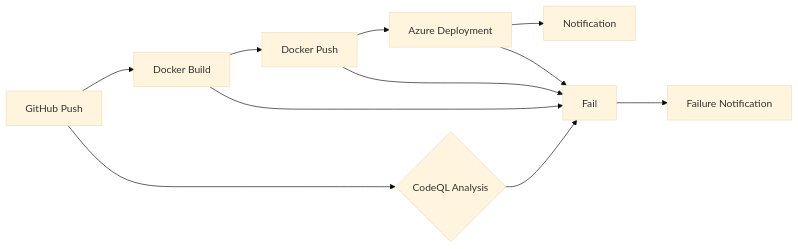
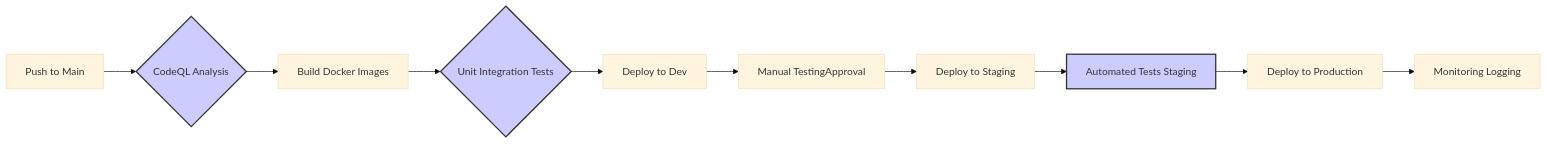
Before and after one commit to deepakgarg1986/MultiAgent: the diagram in docs/cicd/pipeline.md, drawn with Mermaid (base theme). The commit also changed other lines of this file and 4 other files, not shown here.

````diff
--- a/docs/cicd/pipeline.md
+++ b/docs/cicd/pipeline.md
@@ -63,13 +100,17 @@
 ```mermaid
 graph LR
-    A[GitHub Push] --> B{CodeQL Analysis};
-    A --> C[Docker Build];
-    C --> D[Docker Push];
-    D --> E[Azure Deployment];
-    E --> F[Notification];
-    B --> G[Fail];
-    C --> G;
-    D --> G;
-    E --> G;
-    G --> H[Failure Notification];
+    A[Push to Main] --> B{CodeQL Analysis};
+    B --> C[Build Docker Images];
+    C --> D{Unit Integration Tests};
+    D --> E[Deploy to Dev];
+    E --> F[Manual TestingApproval];
+    F --> G[Deploy to Staging];
+    G --> H[Automated Tests Staging];
+    H --> I[Deploy to Production];
+    I --> J[Monitoring Logging];
+    
+    style B fill:#ccf,stroke:#333,stroke-width:2px
+    style D fill:#ccf,stroke:#333,stroke-width:2px
+    style H fill:#ccf,stroke:#333,stroke-width:2px
+
 ```
````
